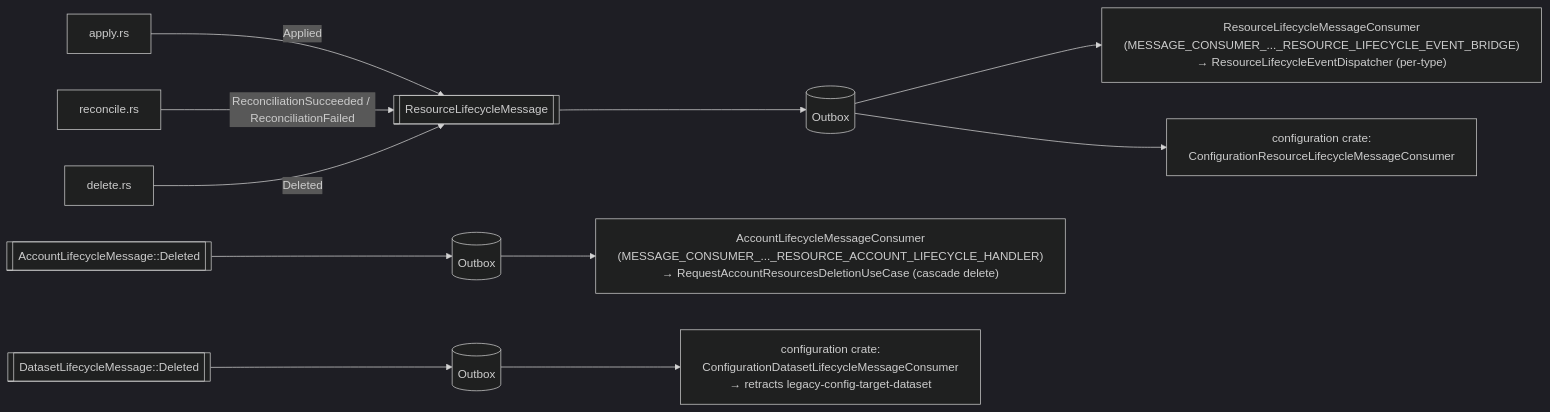
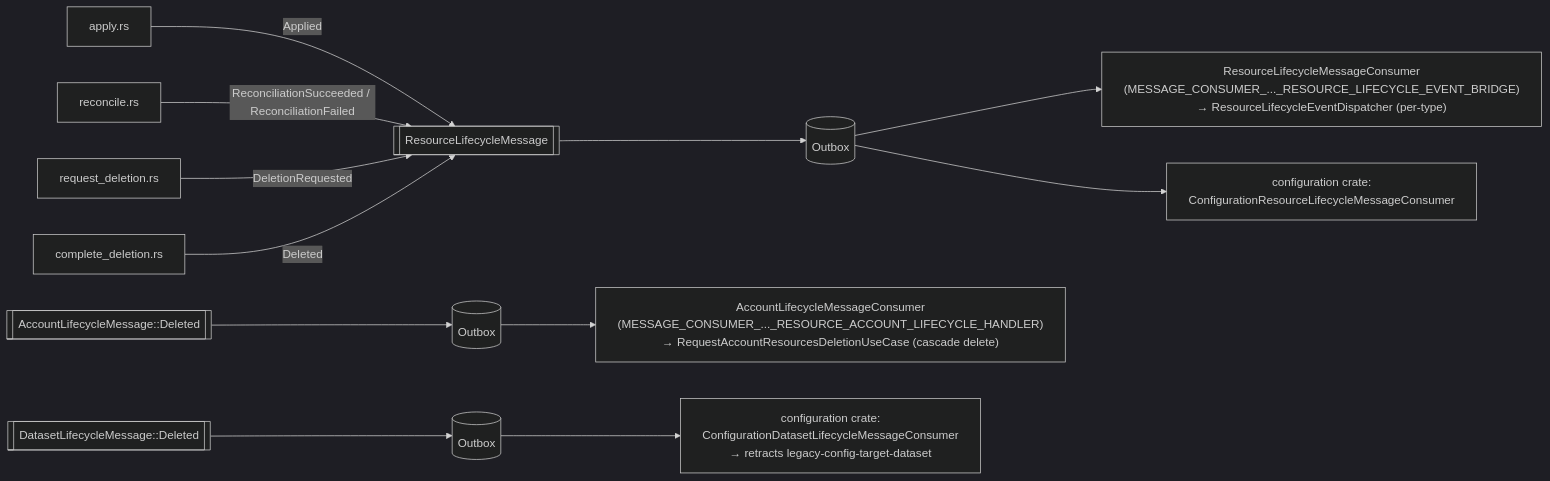
Before and after one commit to kamu-data/kamu-cli: the fifth of 6 diagrams in docs/internal/resources-framework.md, drawn with Mermaid (dark theme). The commit also changed other lines of this file and 11 other files, not shown here.

````diff
--- a/docs/internal/resources-framework.md
+++ b/docs/internal/resources-framework.md
@@ -1311,17 +1400,18 @@
 ```mermaid
 flowchart LR
     APPLY["apply.rs"] -->|Applied| MSG[["ResourceLifecycleMessage"]]
     REC["reconcile.rs"] -->|ReconciliationSucceeded / ReconciliationFailed| MSG
-    DEL["delete.rs"] -->|Deleted| MSG
+    DEL["request_deletion.rs"] -->|DeletionRequested| MSG
+    COMP["complete_deletion.rs"] -->|Deleted| MSG
 
     MSG --> OB[("Outbox")]
 
     OB --> BRIDGE["ResourceLifecycleMessageConsumer<br/>(MESSAGE_CONSUMER_..._RESOURCE_LIFECYCLE_EVENT_BRIDGE)<br/>→ ResourceLifecycleEventDispatcher (per-type)"]
     OB --> CFG["configuration crate:<br/>ConfigurationResourceLifecycleMessageConsumer"]
 
     ACC[["AccountLifecycleMessage::Deleted"]] --> OB2[("Outbox")]
     OB2 --> ACCH["AccountLifecycleMessageConsumer<br/>(MESSAGE_CONSUMER_..._RESOURCE_ACCOUNT_LIFECYCLE_HANDLER)<br/>→ RequestAccountResourcesDeletionUseCase (cascade delete)"]
 
     DS[["DatasetLifecycleMessage::Deleted"]] --> OB3[("Outbox")]
     OB3 --> DSH["configuration crate:<br/>ConfigurationDatasetLifecycleMessageConsumer<br/>→ retracts legacy-config-target-dataset"]
 ```
````
